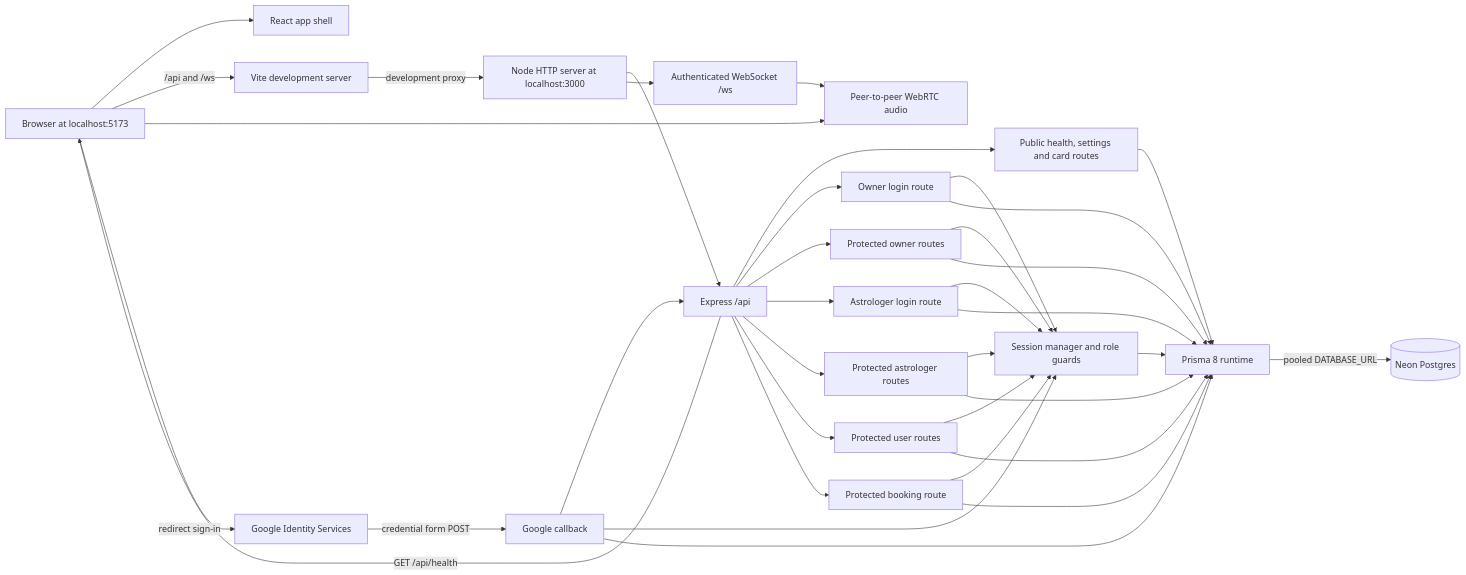
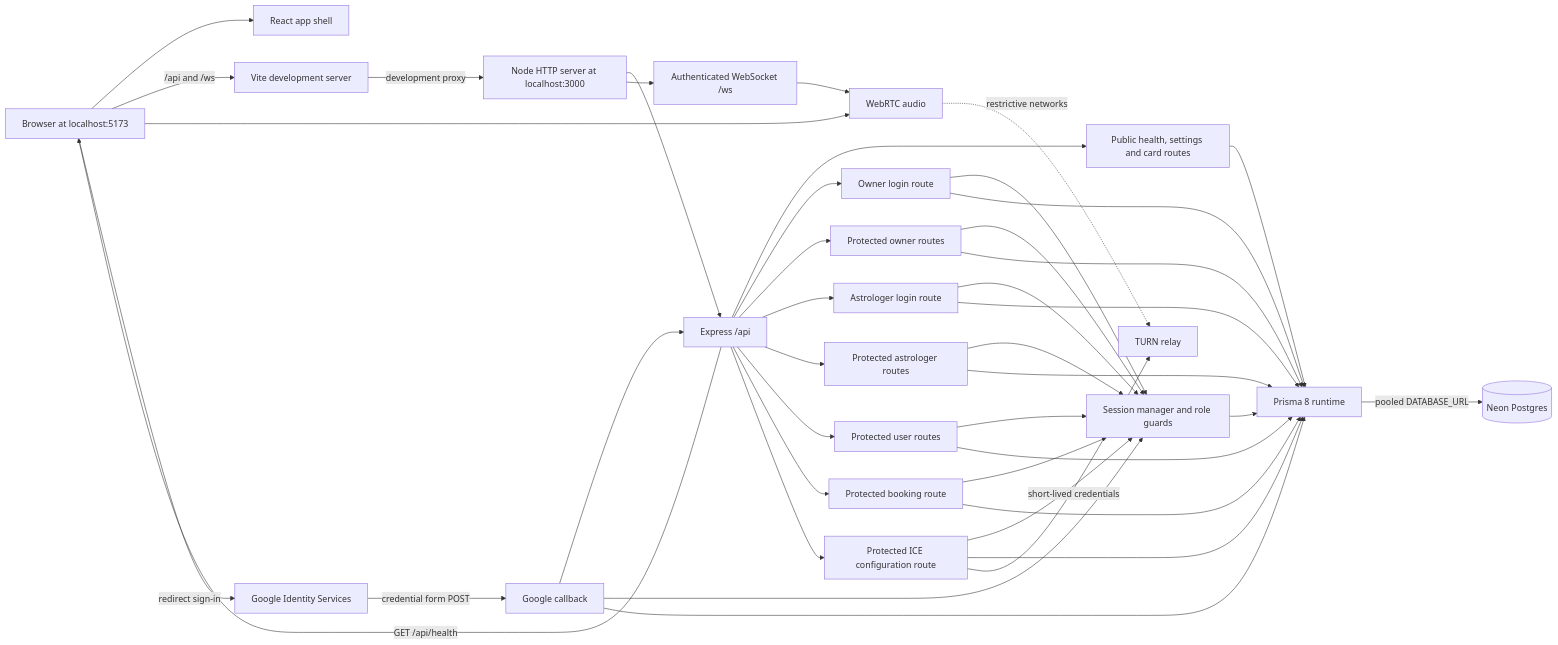
One commit to Yash1927/AstroWeb-App changed the first of 7 diagrams in docs/ARCHITECTURE.md. Above: the diagram before and after it, drawn with Mermaid. The commit also changed other lines of this file and 34 other files, not shown here.

````diff
--- a/docs/ARCHITECTURE.md
+++ b/docs/ARCHITECTURE.md
@@ -20,58 +20,65 @@
 ```mermaid
 flowchart LR
     Browser[Browser at localhost:5173]
     React[React app shell]
     Vite[Vite development server]
     Server[Node HTTP server at localhost:3000]
     Express[Express /api]
     Realtime[Authenticated WebSocket /ws]
-    WebRTC[Peer-to-peer WebRTC audio]
+    WebRTC[WebRTC audio]
+    Ice[Protected ICE configuration route]
+    Turn[TURN relay]
     Public[Public health, settings and card routes]
     OwnerAuth[Owner login route]
     Owner[Protected owner routes]
     AstroAuth[Astrologer login route]
     Astrologer[Protected astrologer routes]
     Google[Google Identity Services]
     UserAuth[Google callback]
     User[Protected user routes]
     Booking[Protected booking route]
     Session[Session manager and role guards]
     Prisma[Prisma 8 runtime]
     Neon[(Neon Postgres)]
 
     Browser --> React
     Browser -->|/api and /ws| Vite
     Vite -->|development proxy| Server
     Server --> Express
     Server --> Realtime
     Realtime --> WebRTC
     Browser --> WebRTC
     Express -->|GET /api/health| Browser
     Express --> Public
     Express --> OwnerAuth
     Express --> Owner
     Express --> AstroAuth
     Express --> Astrologer
     Browser -->|redirect sign-in| Google
     Google -->|credential form POST| UserAuth
     UserAuth --> Express
     Express --> User
     Express --> Booking
+    Express --> Ice
     OwnerAuth --> Session
     Owner --> Session
     AstroAuth --> Session
     Astrologer --> Session
     UserAuth --> Session
     User --> Session
     Booking --> Session
+    Ice --> Session
     Session --> Prisma
     OwnerAuth --> Prisma
     Owner --> Prisma
     AstroAuth --> Prisma
     Astrologer --> Prisma
     UserAuth --> Prisma
     User --> Prisma
     Booking --> Prisma
+    Ice --> Prisma
     Public --> Prisma
     Prisma -->|pooled DATABASE_URL| Neon
+    Ice -->|short-lived credentials| Turn
+    WebRTC -. restrictive networks .-> Turn
 ```
````
